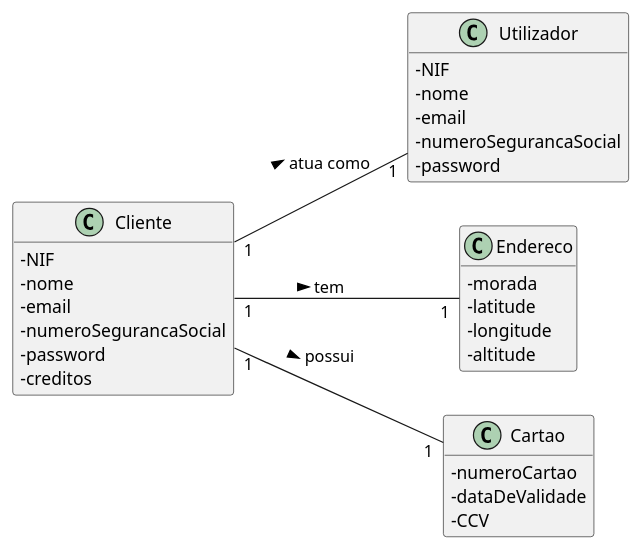
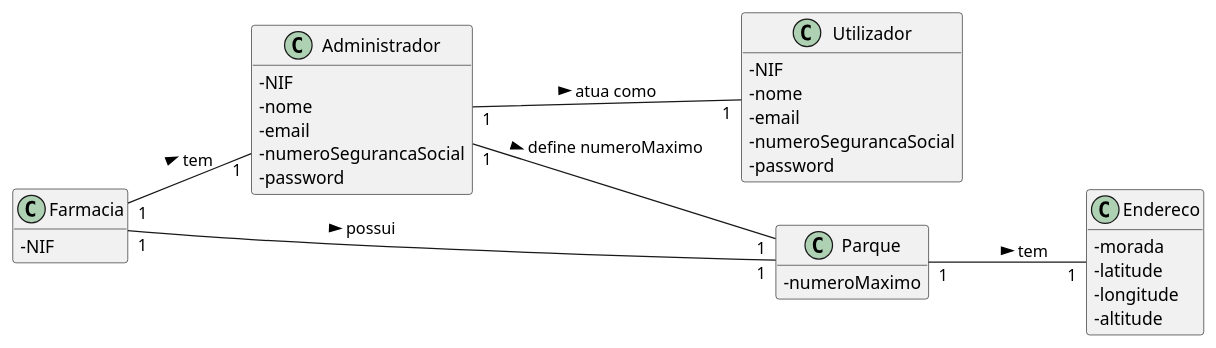
The diagram in docs/UC7/MD-REGISTAR CLIENTE.puml (pedrolemos4/LAPR3), drawn with PlantUML before and after one commit. The commit also changed 1 other file, not shown here.

Commit message:
LAP3AP4-7 #close Registar Cliente [Review]

```diff
--- a/docs/UC7/MD-REGISTAR CLIENTE.puml
+++ b/docs/UC7/MD-REGISTAR CLIENTE.puml
@@ -1,40 +1,43 @@
 @startuml
 skinparam classAttributeIconSize 0
 hide methods
 left to right direction
 
+class Farmacia {
+  -NIF
+}
+
 class Utilizador {
+  -NIF
+  -nome
+  -email
+  -numeroSegurancaSocial
+  -password
+}
+
+class Administrador {
   -NIF
   -nome
   -email
   -numeroSegurancaSocial
   -password
 }
 
 class Endereco {
   -morada
   -latitude
   -longitude
   -altitude
 }
 
-class Cliente {
-  -NIF
-  -nome
-  -email
-  -numeroSegurancaSocial
-  -password
-  -creditos
+class Parque {
+  -numeroMaximo
 }
 
-class Cartao {
-  -numeroCartao
-  -dataDeValidade
-  -CCV
-}
-
-Cliente "1" -- "1" Endereco: tem >
-Cliente "1" -- "1" Utilizador: atua como >
-Cliente "1" -- "1" Cartao: possui >
+Administrador "1" -- "1" Utilizador: atua como >
+Administrador "1" -- "1" Parque: define numeroMaximo >
+Farmacia "1" -- "1" Parque: possui >
+Parque "1" -- "1" Endereco: tem >
+Farmacia "1" -- "1" Administrador: tem >
 
 @enduml
```
